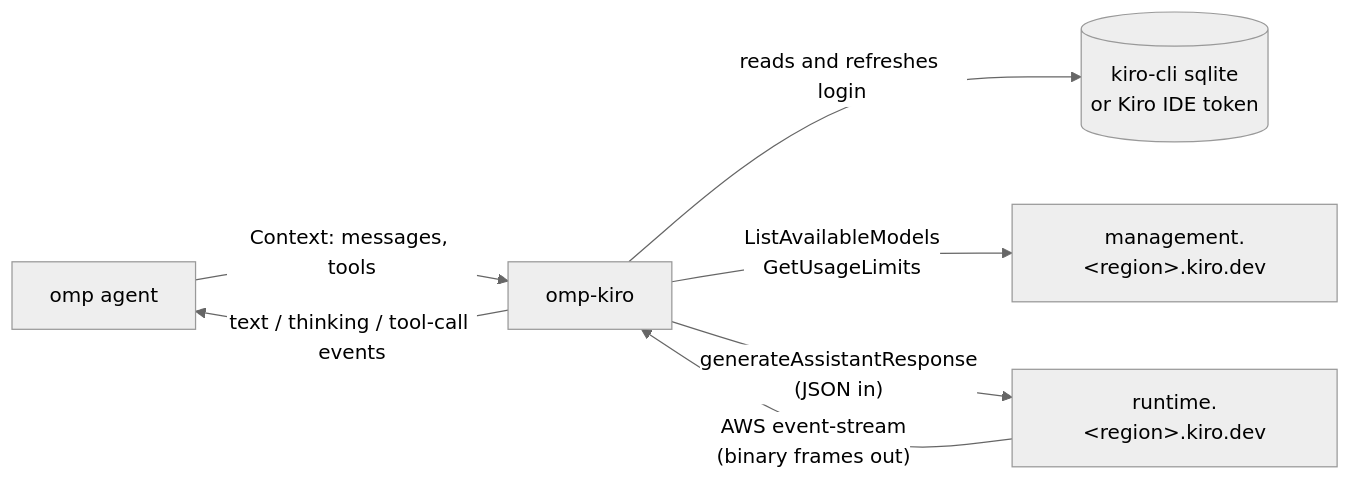
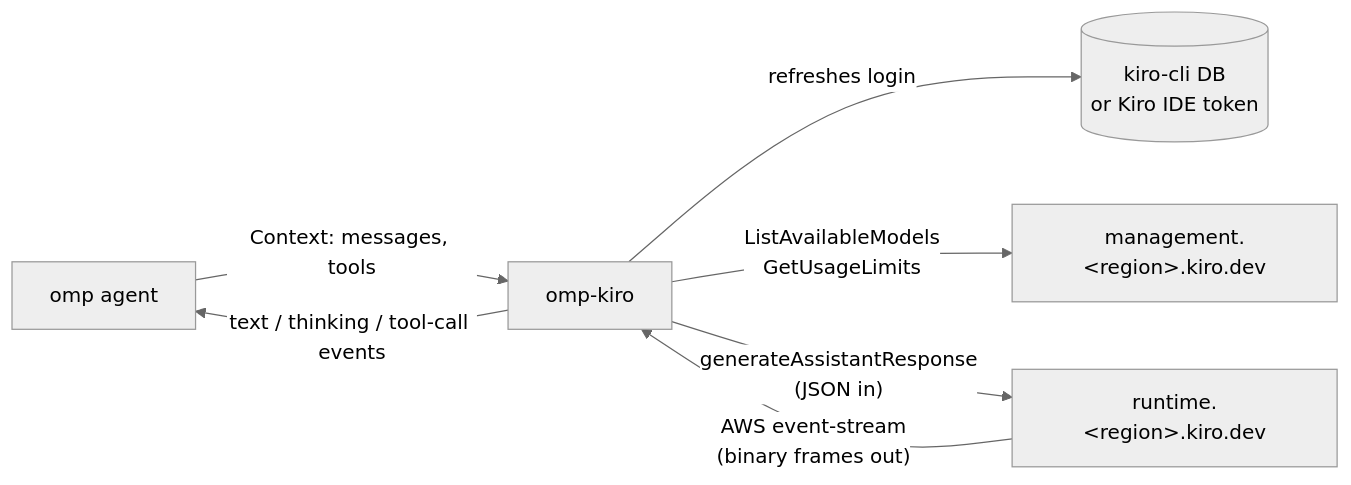
One commit to MrDwarf7/omp-kiro changed the diagram in README.md. Above: the diagram before and after it, drawn with Mermaid (neutral theme). The commit also changed other lines of this file and 1 other file, not shown here.

````diff
--- a/README.md
+++ b/README.md
@@ -96,9 +100,9 @@
 ```mermaid
 flowchart LR
     omp["omp agent"] -- "Context: messages, tools" --> plugin["omp-kiro"]
-    plugin -- "reads and refreshes login" --> store[("kiro-cli sqlite<br/>or Kiro IDE token")]
+    plugin -- "refreshes login" --> store[("kiro-cli DB<br/>or Kiro IDE token")]
     plugin -- "ListAvailableModels<br/>GetUsageLimits" --> mgmt["management.&lt;region&gt;.kiro.dev"]
     plugin -- "generateAssistantResponse<br/>(JSON in)" --> runtime["runtime.&lt;region&gt;.kiro.dev"]
     runtime -- "AWS event-stream<br/>(binary frames out)" --> plugin
     plugin -- "text / thinking / tool-call events" --> omp
 ```
````
